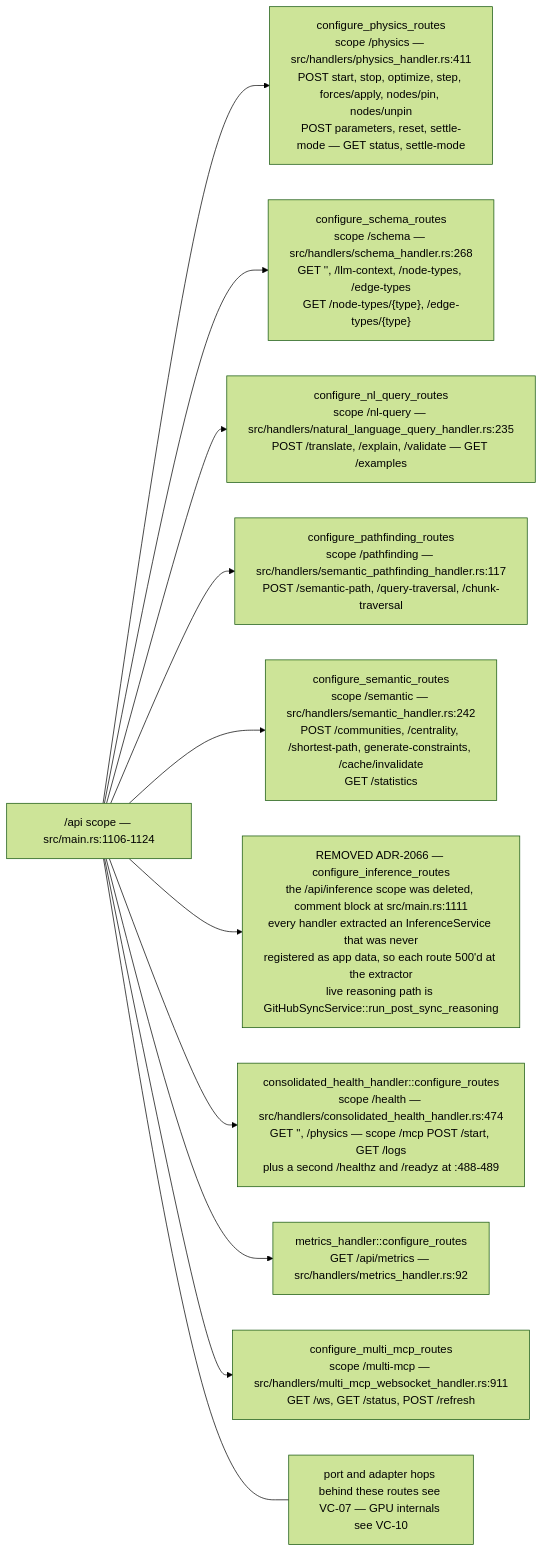
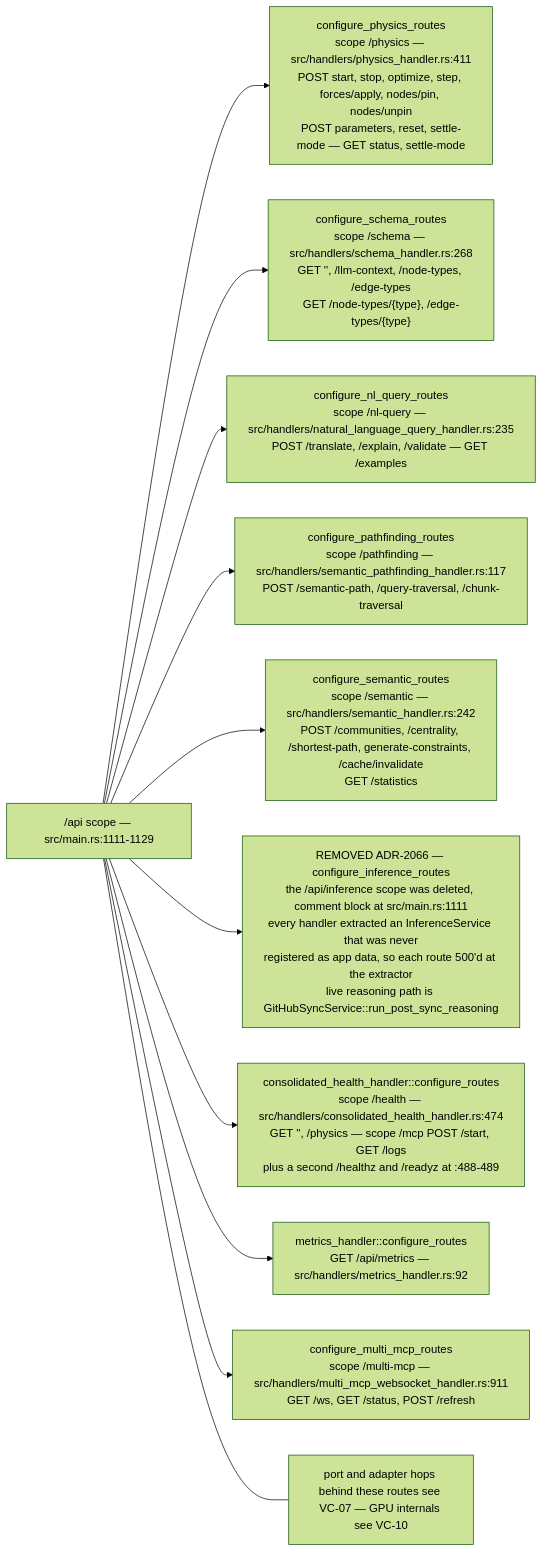
The tenth of 13 diagrams in docs/diagrams/visionclaw/01-boot-and-app-state.md (DreamLab-AI/VisionFlow), drawn with Mermaid (forest theme) before and after one commit. The commit also changed other lines of this file and 136 other files, not shown here.

First line of the commit message:
docs(diagrams): refresh the whole corpus to code HEAD and prune low-value diagrams

````diff
--- a/docs/diagrams/visionclaw/01-boot-and-app-state.md
+++ b/docs/diagrams/visionclaw/01-boot-and-app-state.md
@@ -457,15 +409,15 @@
 ```mermaid
 flowchart LR
-    S["/api scope — src/main.rs:1106-1124"]
+    S["/api scope — src/main.rs:1111-1129"]
     S --> P["configure_physics_routes<br/>scope /physics — src/handlers/physics_handler.rs:411<br/>POST start, stop, optimize, step, forces/apply, nodes/pin, nodes/unpin<br/>POST parameters, reset, settle-mode — GET status, settle-mode"]
     S --> SC["configure_schema_routes<br/>scope /schema — src/handlers/schema_handler.rs:268<br/>GET '', /llm-context, /node-types, /edge-types<br/>GET /node-types/{type}, /edge-types/{type}"]
     S --> NL["configure_nl_query_routes<br/>scope /nl-query — src/handlers/natural_language_query_handler.rs:235<br/>POST /translate, /explain, /validate — GET /examples"]
     S --> PF["configure_pathfinding_routes<br/>scope /pathfinding — src/handlers/semantic_pathfinding_handler.rs:117<br/>POST /semantic-path, /query-traversal, /chunk-traversal"]
     S --> SM["configure_semantic_routes<br/>scope /semantic — src/handlers/semantic_handler.rs:242<br/>POST /communities, /centrality, /shortest-path, generate-constraints, /cache/invalidate<br/>GET /statistics"]
     S --> IN["REMOVED ADR-2066 — configure_inference_routes<br/>the /api/inference scope was deleted, comment block at src/main.rs:1111<br/>every handler extracted an InferenceService that was never<br/>registered as app data, so each route 500'd at the extractor<br/>live reasoning path is GitHubSyncService::run_post_sync_reasoning"]
     S --> HE["consolidated_health_handler::configure_routes<br/>scope /health — src/handlers/consolidated_health_handler.rs:474<br/>GET '', /physics — scope /mcp POST /start, GET /logs<br/>plus a second /healthz and /readyz at :488-489"]
     S --> ME["metrics_handler::configure_routes<br/>GET /api/metrics — src/handlers/metrics_handler.rs:92"]
     S --> MM["configure_multi_mcp_routes<br/>scope /multi-mcp — src/handlers/multi_mcp_websocket_handler.rs:911<br/>GET /ws, GET /status, POST /refresh"]
     N["port and adapter hops behind these routes see VC-07 — GPU internals see VC-10"]
     S --- N
 ```
````
